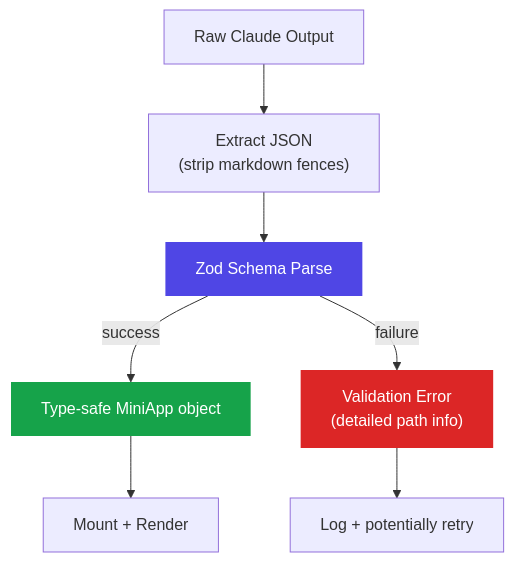
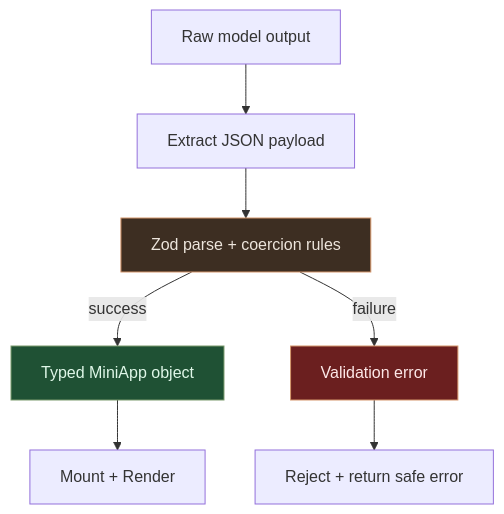
Before and after one commit to wartelth/baristapp: the third of 5 diagrams in docs/docs/architecture/security.md, drawn with Mermaid. The commit also changed other lines of this file and 304 other files, not shown here.

````diff
--- a/docs/docs/architecture/security.md
+++ b/docs/docs/architecture/security.md
@@ -41,13 +57,13 @@
 ```mermaid
 flowchart TD
-    Raw["Raw Claude Output"] --> Extract["Extract JSON<br/>(strip markdown fences)"]
-    Extract --> Parse["Zod Schema Parse"]
-    Parse -->|"success"| Types["Type-safe MiniApp object"]
-    Parse -->|"failure"| Error["Validation Error<br/>(detailed path info)"]
+    Raw["Raw model output"] --> Extract["Extract JSON payload"]
+    Extract --> Parse["Zod parse + coercion rules"]
+    Parse -->|"success"| Types["Typed MiniApp object"]
+    Parse -->|"failure"| Error["Validation error"]
     Types --> Mount["Mount + Render"]
-    Error --> Retry["Log + potentially retry"]
+    Error --> Reject["Reject + return safe error"]
 
-    style Parse fill:#4f46e5,color:#fff,stroke:none
-    style Error fill:#dc2626,color:#fff,stroke:none
-    style Types fill:#16a34a,color:#fff,stroke:none
+    style Parse fill:#3d2e22,color:#ede5dc,stroke:#d4956a
+    style Error fill:#6b1f1f,color:#fde8e8,stroke:#d4956a
+    style Types fill:#1f5134,color:#dff7e8,stroke:#7b9a6d
 ```
````
